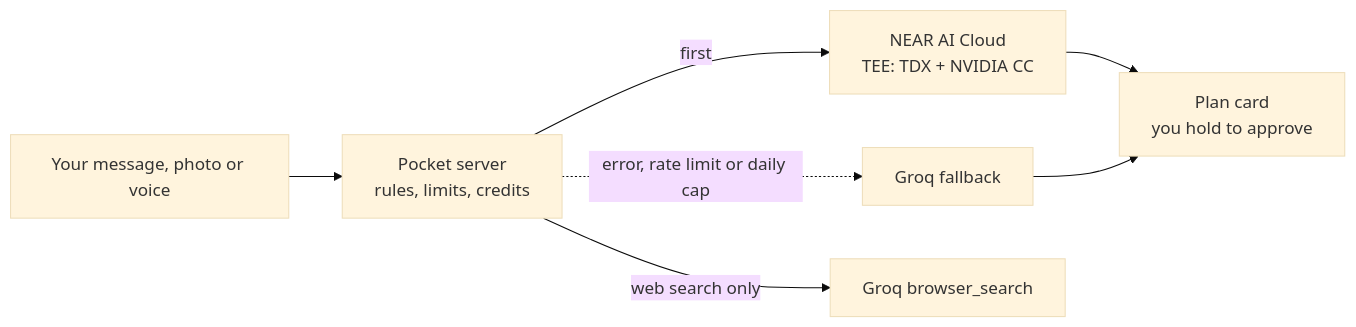
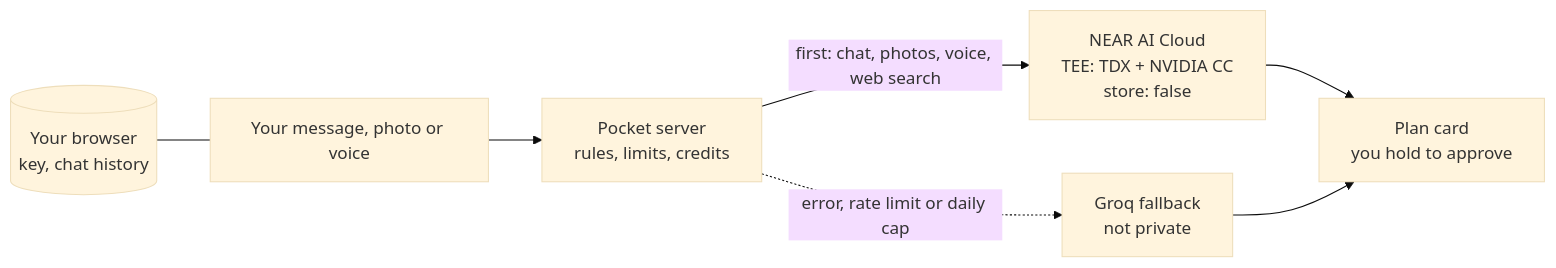
Before and after one commit to henrysammarfo/pocket: the third of 3 diagrams in README.md, drawn with Mermaid (base theme). The commit also changed other lines of this file and 3 other files, not shown here.

````diff
--- a/README.md
+++ b/README.md
@@ -85,9 +104,9 @@
 ```mermaid
 flowchart LR
   U[Your message, photo or voice] --> S[Pocket server<br/>rules, limits, credits]
-  S -->|first| N[NEAR AI Cloud<br/>TEE: TDX + NVIDIA CC]
-  S -.->|error, rate limit or daily cap| G[Groq fallback]
-  S -->|web search only| W[Groq browser_search]
+  S -->|first: chat, photos, voice, web search| N[NEAR AI Cloud<br/>TEE: TDX + NVIDIA CC<br/>store: false]
+  S -.->|error, rate limit or daily cap| G[Groq fallback<br/>not private]
   N --> P[Plan card<br/>you hold to approve]
   G --> P
+  B[(Your browser<br/>key, chat history)] --- U
 ```
````
